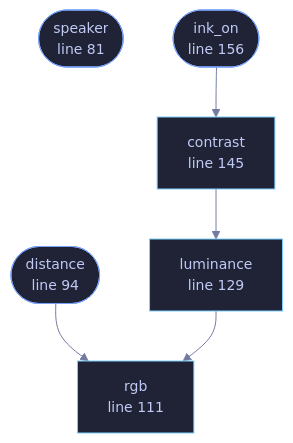
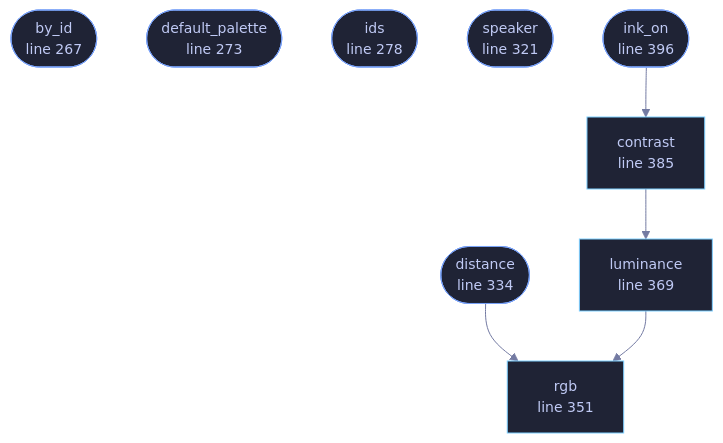
Before and after one commit to tilas01/veilvoice: the diagram in docs/files/veilvoice-video/palette.md, drawn with Mermaid. The commit also changed other lines of this file and 32 other files, not shown here.

````diff
--- a/docs/files/veilvoice-video/palette.md
+++ b/docs/files/veilvoice-video/palette.md
@@ -99,24 +106,30 @@
 ```mermaid
 %%{init: {"theme":"base","themeVariables":{"background":"#1a1b26","primaryColor":"#1f2335","primaryTextColor":"#c0caf5","primaryBorderColor":"#7aa2f7","secondaryColor":"#16161e","tertiaryColor":"#16161e","lineColor":"#737aa2","textColor":"#c0caf5","mainBkg":"#1f2335","nodeBorder":"#7aa2f7","clusterBkg":"#16161e","clusterBorder":"#2f3549","fontFamily":"ui-monospace, SFMono-Regular, Consolas, monospace","fontSize":"14px"}}}%%
 flowchart TD
-    n_speaker(["speaker<br/>line 81"])
-    n_distance(["distance<br/>line 94"])
-    n_rgb["rgb<br/>line 111"]
-    n_luminance["luminance<br/>line 129"]
-    n_contrast["contrast<br/>line 145"]
-    n_ink_on(["ink_on<br/>line 156"])
+    n_by_id(["by_id<br/>line 267"])
+    n_default_palette(["default_palette<br/>line 273"])
+    n_ids(["ids<br/>line 278"])
+    n_speaker(["speaker<br/>line 321"])
+    n_distance(["distance<br/>line 334"])
+    n_rgb["rgb<br/>line 351"]
+    n_luminance["luminance<br/>line 369"]
+    n_contrast["contrast<br/>line 385"]
+    n_ink_on(["ink_on<br/>line 396"])
     n_contrast --> n_luminance
     n_distance --> n_rgb
     n_ink_on --> n_contrast
     n_luminance --> n_rgb
-    click n_speaker href "https://github.com/tilas01/veilvoice/blob/main/crates/veilvoice-video/src/palette.rs#L81" "open the source"
-    click n_distance href "https://github.com/tilas01/veilvoice/blob/main/crates/veilvoice-video/src/palette.rs#L94" "open the source"
-    click n_rgb href "https://github.com/tilas01/veilvoice/blob/main/crates/veilvoice-video/src/palette.rs#L111" "open the source"
-    click n_luminance href "https://github.com/tilas01/veilvoice/blob/main/crates/veilvoice-video/src/palette.rs#L129" "open the source"
-    click n_contrast href "https://github.com/tilas01/veilvoice/blob/main/crates/veilvoice-video/src/palette.rs#L145" "open the source"
-    click n_ink_on href "https://github.com/tilas01/veilvoice/blob/main/crates/veilvoice-video/src/palette.rs#L156" "open the source"
+    click n_by_id href "https://github.com/tilas01/veilvoice/blob/main/crates/veilvoice-video/src/palette.rs#L267" "open the source"
+    click n_default_palette href "https://github.com/tilas01/veilvoice/blob/main/crates/veilvoice-video/src/palette.rs#L273" "open the source"
+    click n_ids href "https://github.com/tilas01/veilvoice/blob/main/crates/veilvoice-video/src/palette.rs#L278" "open the source"
+    click n_speaker href "https://github.com/tilas01/veilvoice/blob/main/crates/veilvoice-video/src/palette.rs#L321" "open the source"
+    click n_distance href "https://github.com/tilas01/veilvoice/blob/main/crates/veilvoice-video/src/palette.rs#L334" "open the source"
+    click n_rgb href "https://github.com/tilas01/veilvoice/blob/main/crates/veilvoice-video/src/palette.rs#L351" "open the source"
+    click n_luminance href "https://github.com/tilas01/veilvoice/blob/main/crates/veilvoice-video/src/palette.rs#L369" "open the source"
+    click n_contrast href "https://github.com/tilas01/veilvoice/blob/main/crates/veilvoice-video/src/palette.rs#L385" "open the source"
+    click n_ink_on href "https://github.com/tilas01/veilvoice/blob/main/crates/veilvoice-video/src/palette.rs#L396" "open the source"
     classDef entry fill:#1f2335,stroke:#7aa2f7,color:#c0caf5
-    class n_speaker,n_distance,n_ink_on entry
+    class n_by_id,n_default_palette,n_ids,n_speaker,n_distance,n_ink_on entry
     classDef api fill:#1f2335,stroke:#7dcfff,color:#c0caf5
     class n_rgb,n_luminance,n_contrast api
 ```
````
